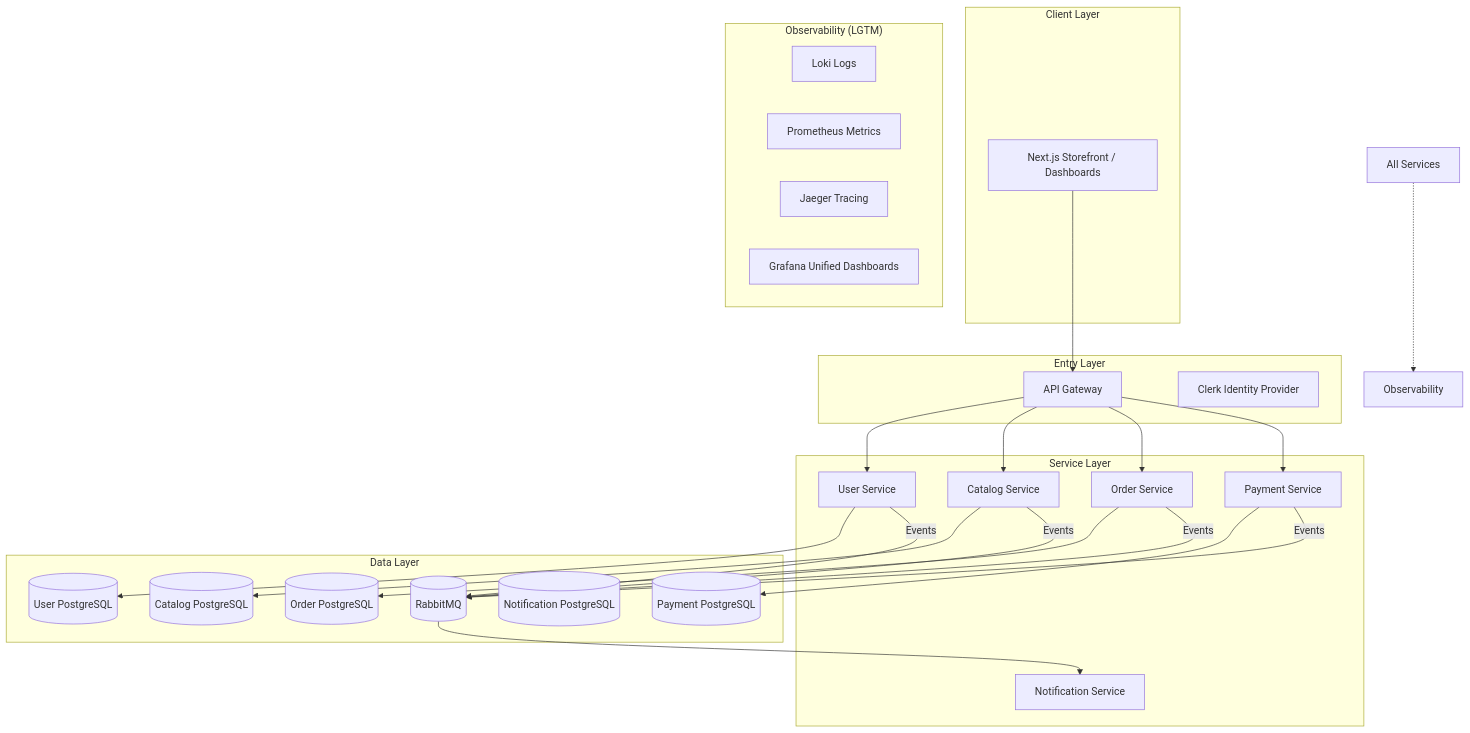
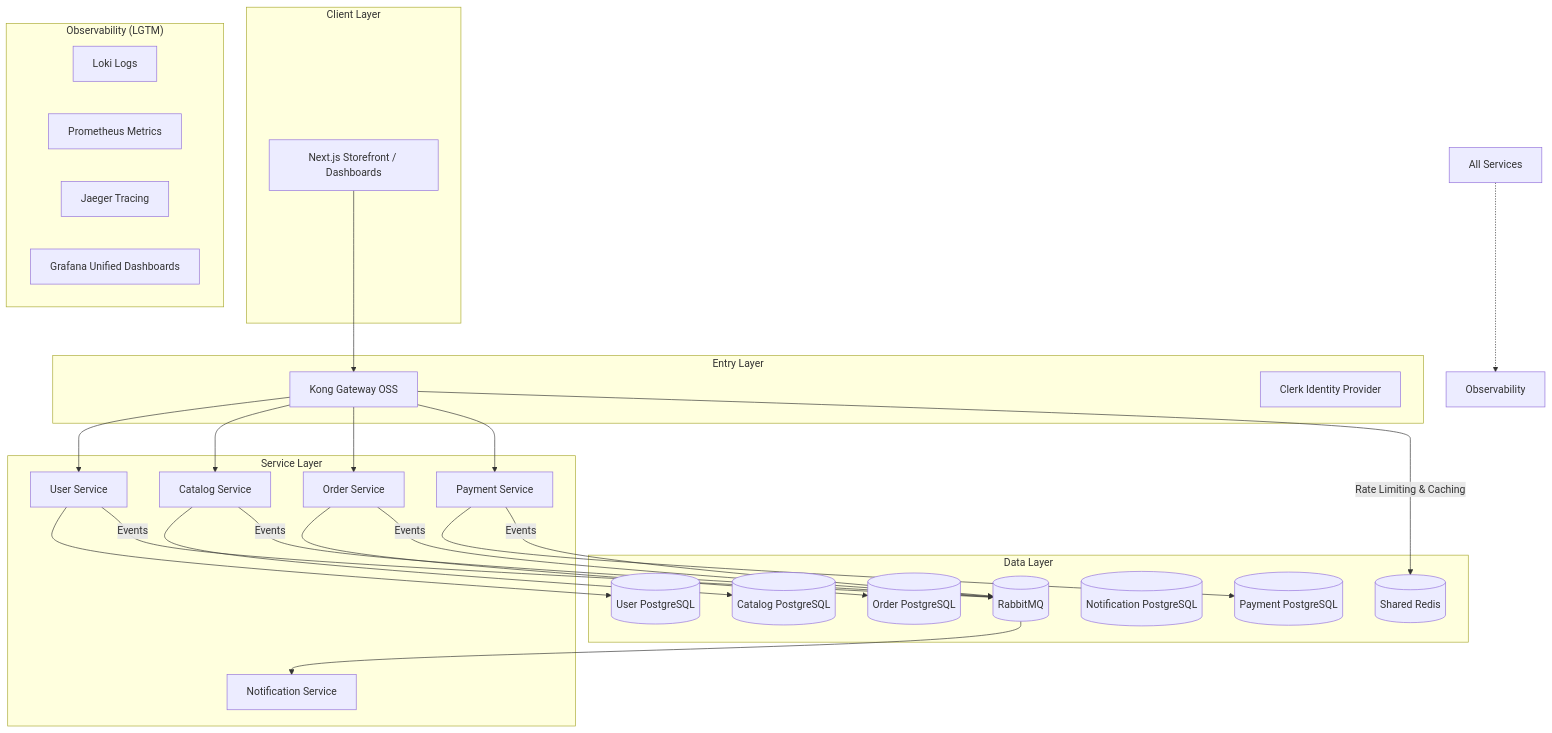
Before and after one commit to AmitxParmar/modular-mart-microservices: the first of 2 diagrams in prd/02-system-design.md, drawn with Mermaid. The commit also changed other lines of this file and 5 other files, not shown here.

Commit message:
docs: Update PRD documents for Kong Gateway migration and enhancements

````diff
--- a/prd/02-system-design.md
+++ b/prd/02-system-design.md
@@ -7,55 +7,58 @@
 ```mermaid
 graph TB
     subgraph "Client Layer"
         Web[Next.js Storefront / Dashboards]
     end
 
     subgraph "Entry Layer"
-        Gateway[API Gateway]
+        KongGateway[Kong Gateway OSS]
         Auth[Clerk Identity Provider]
     end
 
     subgraph "Service Layer"
         UserSvc[User Service]
         CatalogSvc[Catalog Service]
         OrderSvc[Order Service]
         PaymentSvc[Payment Service]
         NotificationSvc[Notification Service]
     end
 
     subgraph "Data Layer"
         UserDB[(User PostgreSQL)]
         CatalogDB[(Catalog PostgreSQL)]
         OrderDB[(Order PostgreSQL)]
         PaymentDB[(Payment PostgreSQL)]
         NotifDB[(Notification PostgreSQL)]
         EventBus[(RabbitMQ)]
+        Redis[(Shared Redis)]
     end
 
     subgraph "Observability (LGTM)"
         Loki[Loki Logs]
         Prom[Prometheus Metrics]
         Jaeger[Jaeger Tracing]
         Grafana[Grafana Unified Dashboards]
     end
 
-    Web --> Gateway
-    Gateway --> UserSvc
-    Gateway --> CatalogSvc
-    Gateway --> OrderSvc
-    Gateway --> PaymentSvc
+    Web --> KongGateway
+    KongGateway --> UserSvc
+    KongGateway --> CatalogSvc
+    KongGateway --> OrderSvc
+    KongGateway --> PaymentSvc
+
+    KongGateway -- Rate Limiting & Caching --> Redis
 
     UserSvc --> UserDB
     CatalogSvc --> CatalogDB
     OrderSvc --> OrderDB
     PaymentSvc --> PaymentDB
 
     OrderSvc -- Events --> EventBus
     CatalogSvc -- Events --> EventBus
     PaymentSvc -- Events --> EventBus
     UserSvc -- Events --> EventBus
 
     EventBus --> NotificationSvc
 
     AllServices[All Services] -.-> Observability
 ```
````
